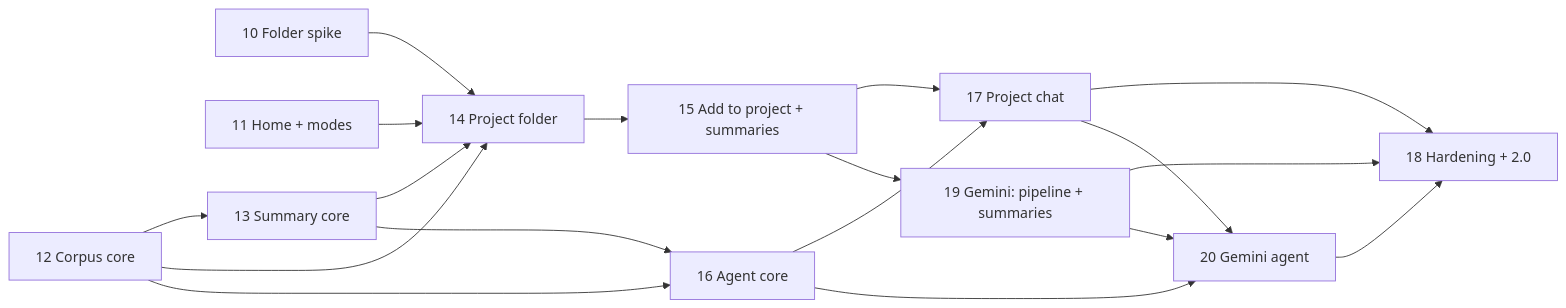
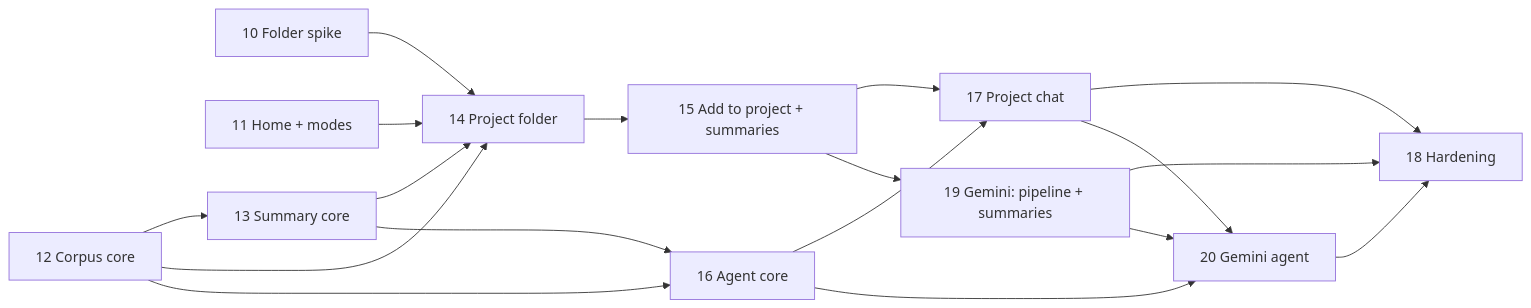
The second of 2 diagrams in docs/PROJECTS.md (DanielBird/OpenScribe), drawn with Mermaid before and after one commit. The commit also changed other lines of this file and 79 other files, not shown here.

````diff
--- a/docs/PROJECTS.md
+++ b/docs/PROJECTS.md
@@ -549,20 +551,20 @@
 ```mermaid
 graph LR
   P10[10 Folder spike] --> P14[14 Project folder]
   P11[11 Home + modes] --> P14
   P12[12 Corpus core] --> P13[13 Summary core]
   P12 --> P14
   P13 --> P14
   P14 --> P15[15 Add to project + summaries]
   P12 --> P16[16 Agent core]
   P13 --> P16
   P15 --> P17[17 Project chat]
   P16 --> P17
-  P17 --> P18[18 Hardening + 2.0]
+  P17 --> P18[18 Hardening]
   P15 --> P19[19 Gemini: pipeline + summaries]
   P19 --> P18
   P16 --> P20[20 Gemini agent]
   P17 --> P20
   P19 --> P20
   P20 --> P18
 ```
````
